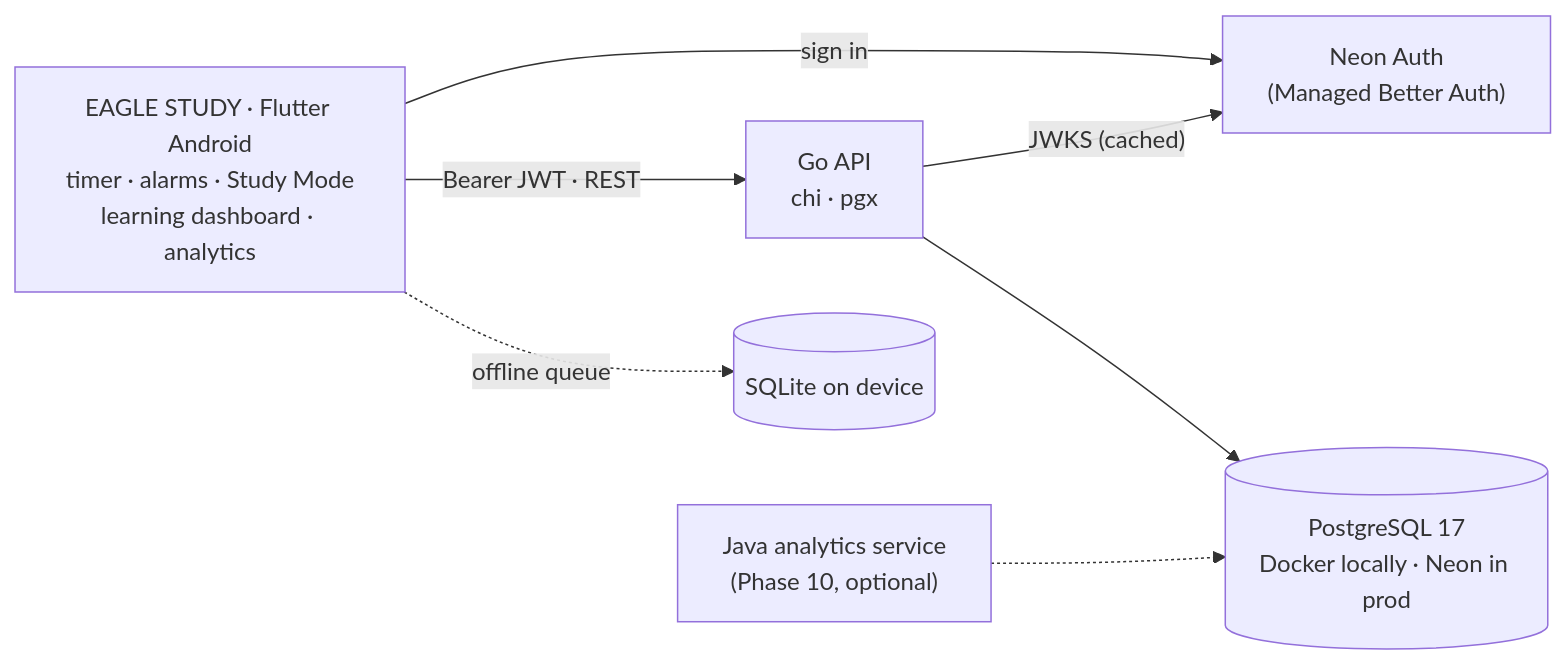
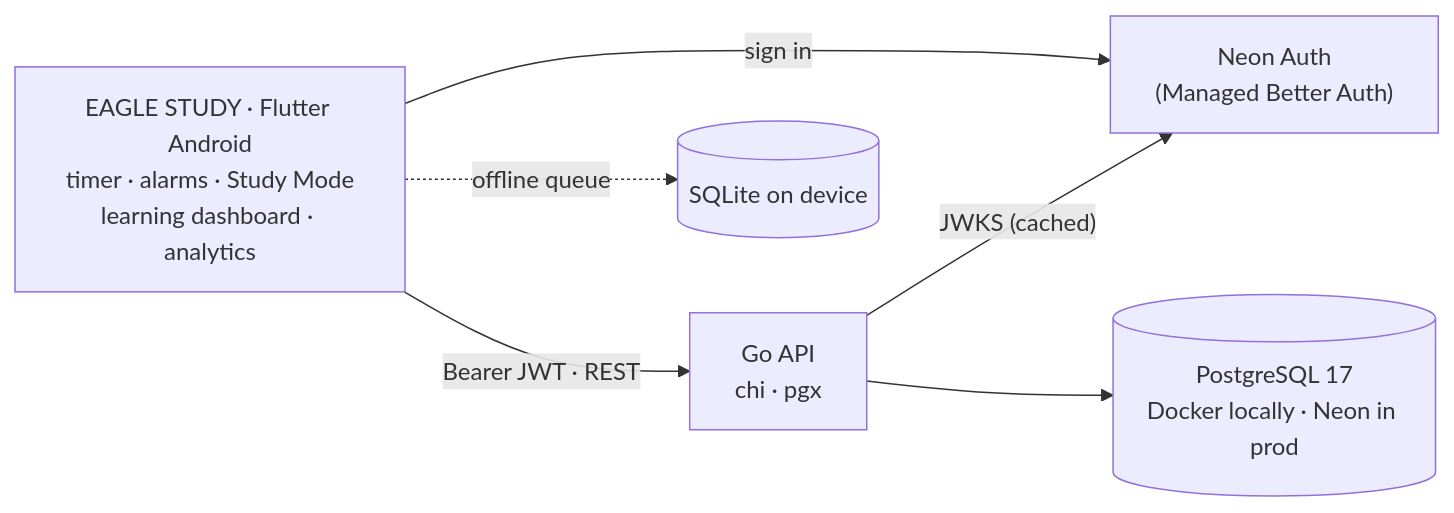
One commit to sarojmishraa/stopWatch changed the diagram in documentation/architecture/ARCHITECTURE.md. Above: the diagram before and after it, drawn with Mermaid. The commit also changed other lines of this file and 31 other files, not shown here.

````diff
--- a/documentation/architecture/ARCHITECTURE.md
+++ b/documentation/architecture/ARCHITECTURE.md
@@ -7,15 +7,13 @@
 ```mermaid
 flowchart LR
     A["EAGLE STUDY · Flutter Android<br/>timer · alarms · Study Mode<br/>learning dashboard · analytics"]
     NA["Neon Auth<br/>(Managed Better Auth)"]
     API["Go API<br/>chi · pgx"]
     PG[("PostgreSQL 17<br/>Docker locally · Neon in prod")]
-    J["Java analytics service<br/>(Phase 10, optional)"]
 
     A -- "sign in" --> NA
     A -- "Bearer JWT · REST" --> API
     API -- "JWKS (cached)" --> NA
     API --> PG
     A -. "offline queue" .-> L[("SQLite on device")]
-    J -.-> PG
 ```
````
